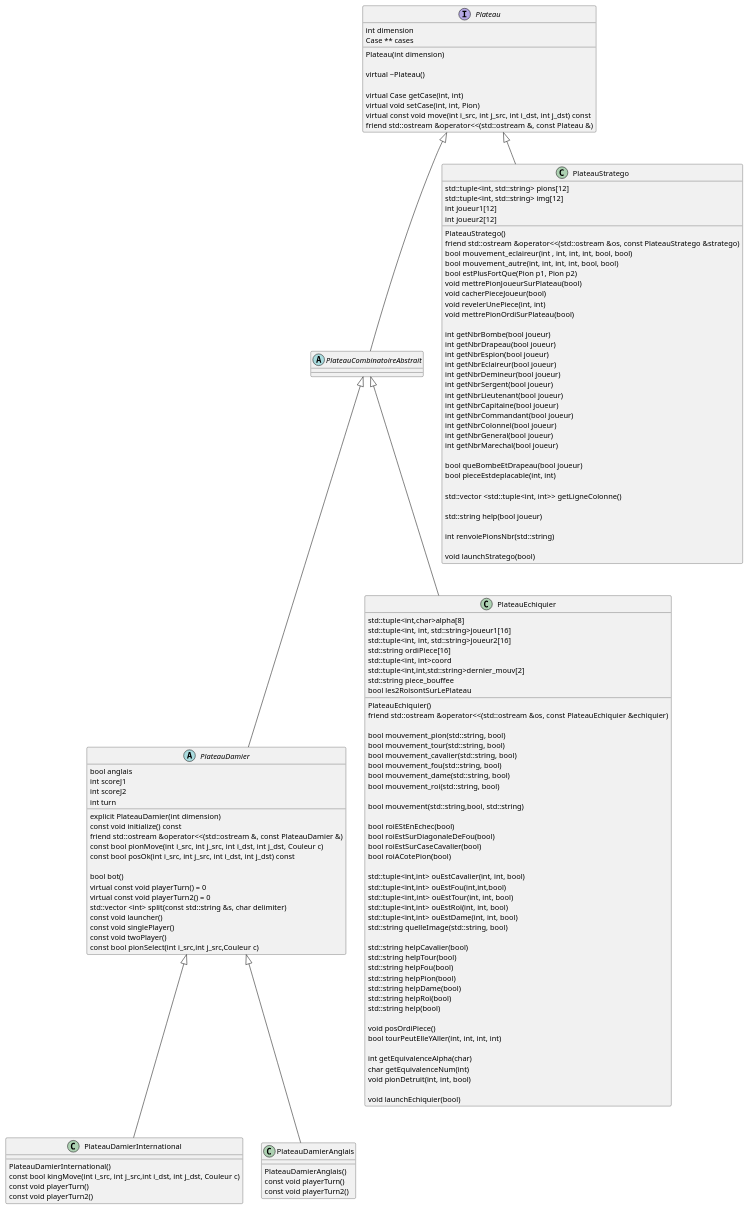
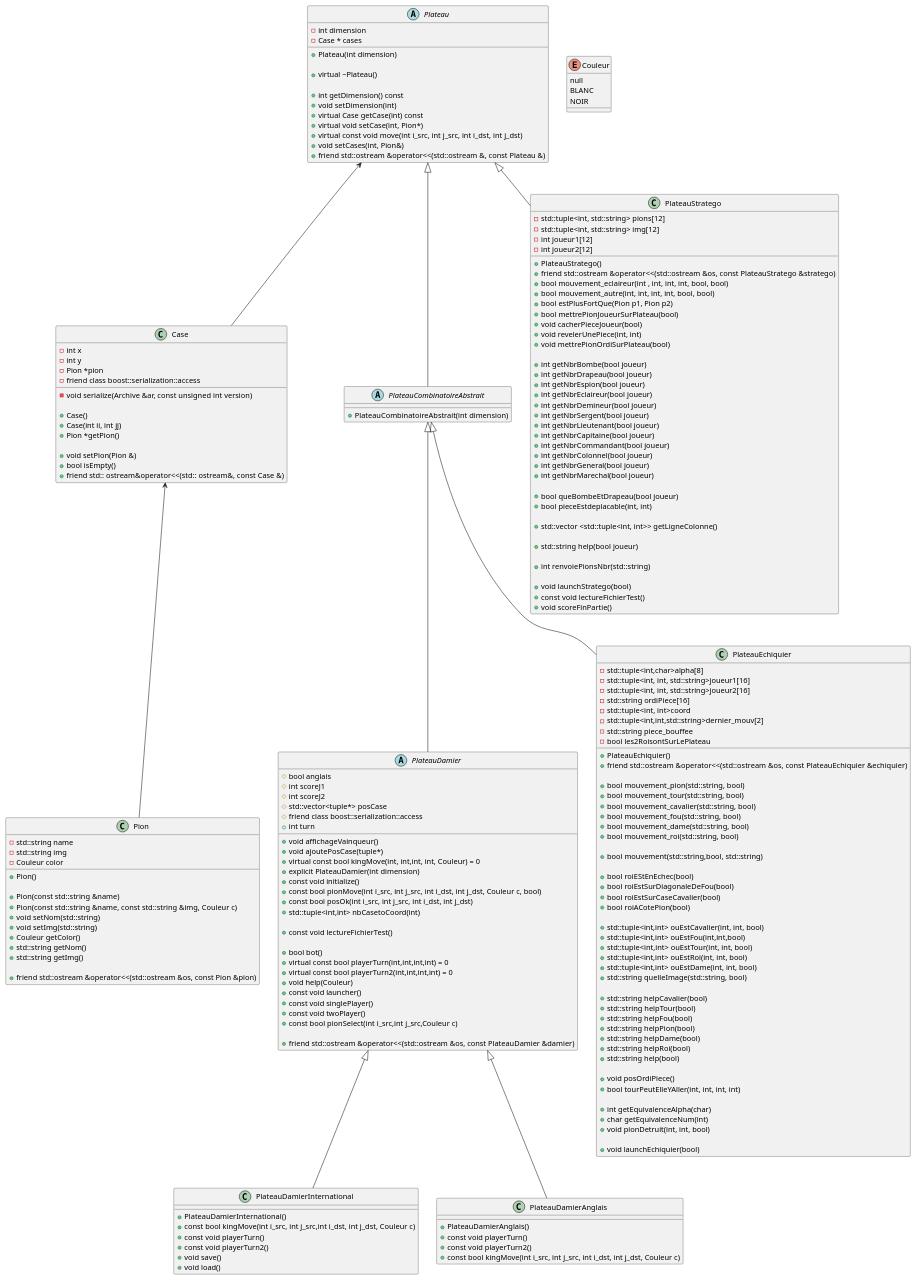
The diagram in diagramme.puml (HyperionSuperNova/CppBoardGames), drawn with PlantUML before and after one commit.

Commit message:
mouvement dame anglaise fait. rafle autorisée

```diff
--- a/diagramme.puml
+++ b/diagramme.puml
@@ -1,151 +1,208 @@
 @startuml
 
-interface Plateau{
-    int dimension
-    Case ** cases
+abstract Plateau{
+    - int dimension
+    - Case * cases
 
-    Plateau(int dimension)
+    + Plateau(int dimension)
     
-    virtual ~Plateau()
+    + virtual ~Plateau()
     
-    virtual Case getCase(int, int)
-    virtual void setCase(int, int, Pion)
-    virtual const void move(int i_src, int j_src, int i_dst, int j_dst) const
-    friend std::ostream &operator<<(std::ostream &, const Plateau &)
+    + int getDimension() const
+    + void setDimension(int)
+    + virtual Case getCase(int) const
+    + virtual void setCase(int, Pion*)
+    + virtual const void move(int i_src, int j_src, int i_dst, int j_dst)
+    + void setCases(int, Pion&)
+    + friend std::ostream &operator<<(std::ostream &, const Plateau &)
 }
+class Case{
+    - int x
+    - int y
+    - Pion *pion
+    - friend class boost::serialization::access
+    - void serialize(Archive &ar, const unsigned int version)
+
+    + Case()
+    + Case(int ii, int jj)
+    + Pion *getPion()
+    
+    + void setPion(Pion &)
+    + bool isEmpty()
+    + friend std:: ostream&operator<<(std:: ostream&, const Case &)
+}
+
+enum Couleur{
+    null
+    BLANC
+    NOIR
+}
+
+class Pion{
+    - std::string name
+    - std::string img
+    - Couleur color
+
+    + Pion()
+    
+    + Pion(const std::string &name)
+    + Pion(const std::string &name, const std::string &img, Couleur c)
+    + void setNom(std::string)
+    + void setImg(std::string)
+    + Couleur getColor()
+    + std::string getNom()
+    + std::string getImg()
+    
+    + friend std::ostream &operator<<(std::ostream &os, const Pion &pion)
+}
+
 abstract PlateauCombinatoireAbstrait{
-
+    + PlateauCombinatoireAbstrait(int dimension)
 }
 
 abstract class PlateauDamier{
-    bool anglais
-    int scoreJ1
-    int scoreJ2
-    int turn
+    # bool anglais
+    # int scoreJ1
+    # int scoreJ2
+    # std::vector<tuple*> posCase
+    # friend class boost::serialization::access
+    + int turn
 
-    explicit PlateauDamier(int dimension)
-    const void initialize() const
-    friend std::ostream &operator<<(std::ostream &, const PlateauDamier &)
-    const bool pionMove(int i_src, int j_src, int i_dst, int j_dst, Couleur c)
-    const bool posOk(int i_src, int j_src, int i_dst, int j_dst) const
+    + void affichageVainqueur()
+    + void ajoutePosCase(tuple*)
+    + virtual const bool kingMove(int, int,int, int, Couleur) = 0
+    + explicit PlateauDamier(int dimension)
+    + const void initialize()
+    + const bool pionMove(int i_src, int j_src, int i_dst, int j_dst, Couleur c, bool)
+    + const bool posOk(int i_src, int j_src, int i_dst, int j_dst)
+    + std::tuple<int,int> nbCasetoCoord(int)
 
-    bool bot()
-    virtual const void playerTurn() = 0
-    virtual const void playerTurn2() = 0
-    std::vector <int> split(const std::string &s, char delimiter)
-    const void launcher()
-    const void singlePlayer()
-    const void twoPlayer()
-    const bool pionSelect(int i_src,int j_src,Couleur c)
+    + const void lectureFichierTest()
+
+    + bool bot()
+    + virtual const bool playerTurn(int,int,int,int) = 0
+    + virtual const bool playerTurn2(int,int,int,int) = 0
+    + void help(Couleur)
+    + const void launcher()
+    + const void singlePlayer()
+    + const void twoPlayer()
+    + const bool pionSelect(int i_src,int j_src,Couleur c)
+
+    + friend std::ostream &operator<<(std::ostream &os, const PlateauDamier &damier)
 }
 
 class PlateauDamierInternational{
-    PlateauDamierInternational()
-    const bool kingMove(int i_src, int j_src,int i_dst, int j_dst, Couleur c)
-    const void playerTurn()
-    const void playerTurn2()
+    + PlateauDamierInternational()
+    + const bool kingMove(int i_src, int j_src,int i_dst, int j_dst, Couleur c)
+    + const void playerTurn()
+    + const void playerTurn2()
+    + void save()
+    + void load()
 }
 
 class PlateauDamierAnglais{
-    PlateauDamierAnglais()
-    const void playerTurn()
-    const void playerTurn2()
+    + PlateauDamierAnglais()
+    + const void playerTurn()
+    + const void playerTurn2()
+    + const bool kingMove(int i_src, int j_src, int i_dst, int j_dst, Couleur c)
 }
 
 class PlateauEchiquier{
-    std::tuple<int,char>alpha[8]
-    std::tuple<int, int, std::string>joueur1[16]
-    std::tuple<int, int, std::string>joueur2[16]
-    std::string ordiPiece[16]
-    std::tuple<int, int>coord
-    std::tuple<int,int,std::string>dernier_mouv[2]
-    std::string piece_bouffee
-    bool les2RoisontSurLePlateau
+    - std::tuple<int,char>alpha[8]
+    - std::tuple<int, int, std::string>joueur1[16]
+    - std::tuple<int, int, std::string>joueur2[16]
+    - std::string ordiPiece[16]
+    - std::tuple<int, int>coord
+    - std::tuple<int,int,std::string>dernier_mouv[2]
+    - std::string piece_bouffee
+    - bool les2RoisontSurLePlateau
 
-    PlateauEchiquier()
-    friend std::ostream &operator<<(std::ostream &os, const PlateauEchiquier &echiquier)
+    + PlateauEchiquier()
+    + friend std::ostream &operator<<(std::ostream &os, const PlateauEchiquier &echiquier)
 
-    bool mouvement_pion(std::string, bool)
-    bool mouvement_tour(std::string, bool)
-    bool mouvement_cavalier(std::string, bool)
-    bool mouvement_fou(std::string, bool)
-    bool mouvement_dame(std::string, bool)
-    bool mouvement_roi(std::string, bool)
+    + bool mouvement_pion(std::string, bool)
+    + bool mouvement_tour(std::string, bool)
+    + bool mouvement_cavalier(std::string, bool)
+    + bool mouvement_fou(std::string, bool)
+    + bool mouvement_dame(std::string, bool)
+    + bool mouvement_roi(std::string, bool)
 
-    bool mouvement(std::string,bool, std::string)
+    + bool mouvement(std::string,bool, std::string)
 
-    bool roiEStEnEchec(bool)
-    bool roiEstSurDiagonaleDeFou(bool)
-    bool roiEstSurCaseCavalier(bool)
-    bool roiACotePion(bool)
+    + bool roiEStEnEchec(bool)
+    + bool roiEstSurDiagonaleDeFou(bool)
+    + bool roiEstSurCaseCavalier(bool)
+    + bool roiACotePion(bool)
 
-    std::tuple<int,int> ouEstCavalier(int, int, bool)
-    std::tuple<int,int> ouEstFou(int,int,bool)
-    std::tuple<int,int> ouEstTour(int, int, bool)
-    std::tuple<int,int> ouEstRoi(int, int, bool)
-    std::tuple<int,int> ouEstDame(int, int, bool)
+    + std::tuple<int,int> ouEstCavalier(int, int, bool)
+    + std::tuple<int,int> ouEstFou(int,int,bool)
+    + std::tuple<int,int> ouEstTour(int, int, bool)
+    + std::tuple<int,int> ouEstRoi(int, int, bool)
+    + std::tuple<int,int> ouEstDame(int, int, bool)
 
 
-    std::string quelleImage(std::string, bool)
+    + std::string quelleImage(std::string, bool)
 
-    std::string helpCavalier(bool)
-    std::string helpTour(bool)
-    std::string helpFou(bool)
-    std::string helpPion(bool)
-    std::string helpDame(bool)
-    std::string helpRoi(bool)
-    std::string help(bool)
+    + std::string helpCavalier(bool)
+    + std::string helpTour(bool)
+    + std::string helpFou(bool)
+    + std::string helpPion(bool)
+    + std::string helpDame(bool)
+    + std::string helpRoi(bool)
+    + std::string help(bool)
 
-    void posOrdiPiece()
+    + void posOrdiPiece()
 
 
-    bool tourPeutElleYAller(int, int, int, int)
+    + bool tourPeutElleYAller(int, int, int, int)
 
-    int getEquivalenceAlpha(char)
-    char getEquivalenceNum(int)
-    void pionDetruit(int, int, bool)
+    + int getEquivalenceAlpha(char)
+    + char getEquivalenceNum(int)
+    + void pionDetruit(int, int, bool)
 
-    void launchEchiquier(bool)
+    + void launchEchiquier(bool)
 }
 class PlateauStratego{
-    std::tuple<int, std::string> pions[12]
-    std::tuple<int, std::string> img[12]
-    int joueur1[12]
-    int joueur2[12]
+    - std::tuple<int, std::string> pions[12]
+    - std::tuple<int, std::string> img[12]
+    - int joueur1[12]
+    - int joueur2[12]
 
-    PlateauStratego()
-    friend std::ostream &operator<<(std::ostream &os, const PlateauStratego &stratego)
-    bool mouvement_eclaireur(int , int, int, int, bool, bool)
-    bool mouvement_autre(int, int, int, int, bool, bool)
-    bool estPlusFortQue(Pion p1, Pion p2)
-    void mettrePionJoueurSurPlateau(bool)
-    void cacherPieceJoueur(bool)
-    void revelerUnePiece(int, int)
-    void mettrePionOrdiSurPlateau(bool)
+    + PlateauStratego()
+    + friend std::ostream &operator<<(std::ostream &os, const PlateauStratego &stratego)
+    + bool mouvement_eclaireur(int , int, int, int, bool, bool)
+    + bool mouvement_autre(int, int, int, int, bool, bool)
+    + bool estPlusFortQue(Pion p1, Pion p2)
+    + bool mettrePionJoueurSurPlateau(bool)
+    + void cacherPieceJoueur(bool)
+    + void revelerUnePiece(int, int)
+    + void mettrePionOrdiSurPlateau(bool)
     
-    int getNbrBombe(bool joueur)
-    int getNbrDrapeau(bool joueur)
-    int getNbrEspion(bool joueur)
-    int getNbrEclaireur(bool joueur)
-    int getNbrDemineur(bool joueur)
-    int getNbrSergent(bool joueur)
-    int getNbrLieutenant(bool joueur)
-    int getNbrCapitaine(bool joueur)
-    int getNbrCommandant(bool joueur)
-    int getNbrColonnel(bool joueur)
-    int getNbrGeneral(bool joueur)
-    int getNbrMarechal(bool joueur)
+    + int getNbrBombe(bool joueur)
+    + int getNbrDrapeau(bool joueur)
+    + int getNbrEspion(bool joueur)
+    + int getNbrEclaireur(bool joueur)
+    + int getNbrDemineur(bool joueur)
+    + int getNbrSergent(bool joueur)
+    + int getNbrLieutenant(bool joueur)
+    + int getNbrCapitaine(bool joueur)
+    + int getNbrCommandant(bool joueur)
+    + int getNbrColonnel(bool joueur)
+    + int getNbrGeneral(bool joueur)
+    + int getNbrMarechal(bool joueur)
     
-    bool queBombeEtDrapeau(bool joueur)
-    bool pieceEstdeplacable(int, int)
+    + bool queBombeEtDrapeau(bool joueur)
+    + bool pieceEstdeplacable(int, int)
 
-    std::vector <std::tuple<int, int>> getLigneColonne()
+    + std::vector <std::tuple<int, int>> getLigneColonne()
 
-    std::string help(bool joueur)
+    + std::string help(bool joueur)
 
-    int renvoiePionsNbr(std::string)
+    + int renvoiePionsNbr(std::string)
     
-    void launchStratego(bool)
+    + void launchStratego(bool)
+    + const void lectureFichierTest()
+    + void scoreFinPartie()
 }
 
 Plateau <|-- PlateauCombinatoireAbstrait
@@ -156,6 +213,9 @@
 PlateauDamier <|-- PlateauDamierInternational
 PlateauDamier <|-- PlateauDamierAnglais
 
+Case <-- Pion
+Plateau <-- Case
+
 
 
 
```
